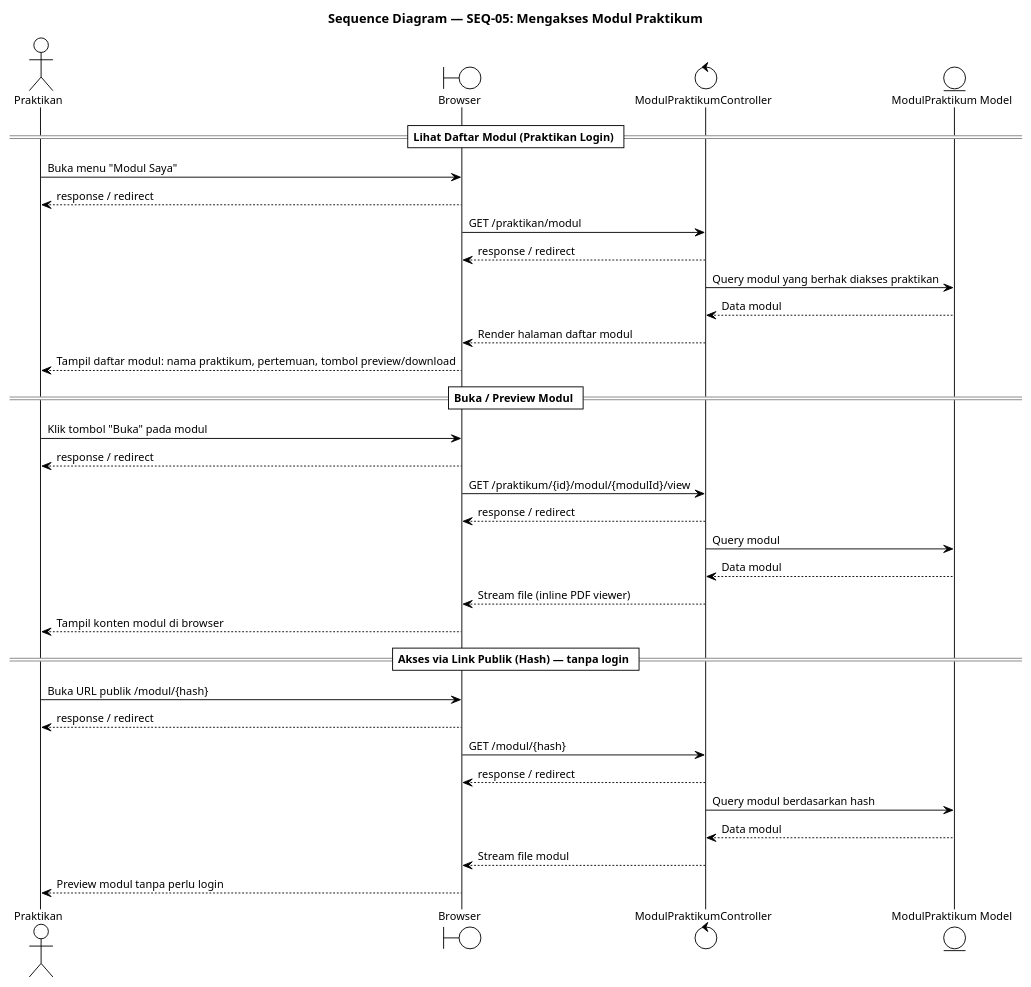
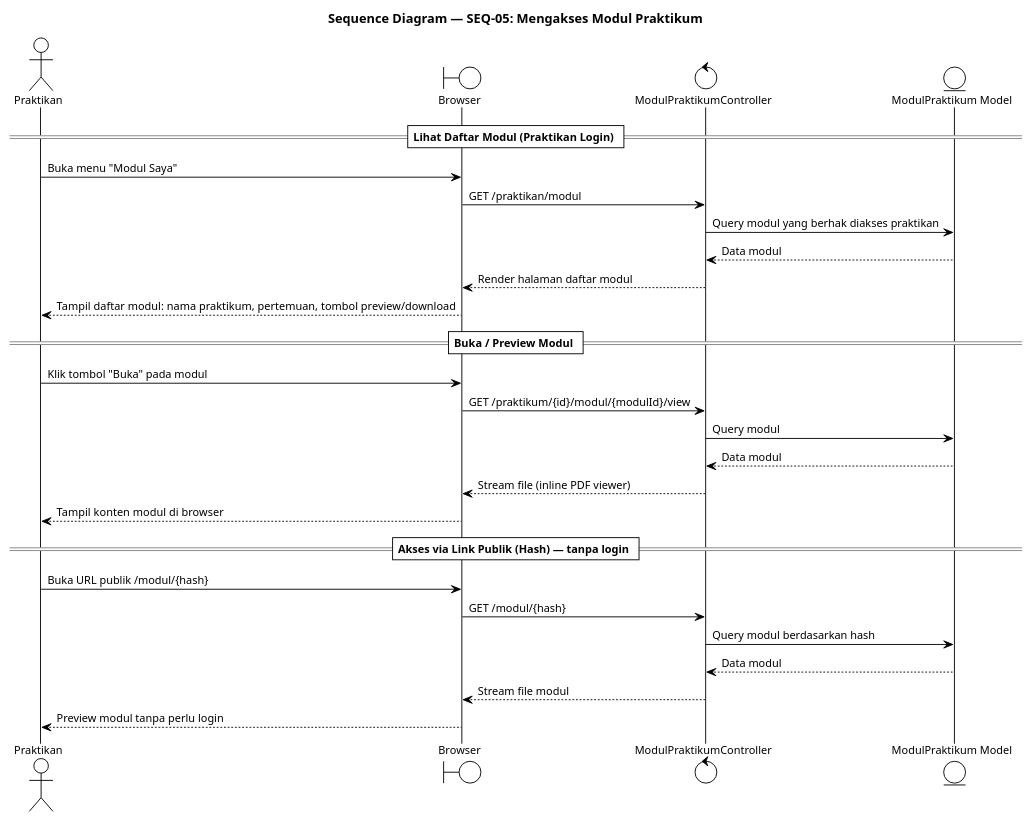
One commit to Habiboys/SILAB-DSI changed the diagram in docs/praktikum/sequence/SEQ_05_MENGAKSES_MODUL.puml. Above: the diagram before and after it, drawn with PlantUML. The commit also changed 126 other files, not shown here.

```diff
--- a/docs/praktikum/sequence/SEQ_05_MENGAKSES_MODUL.puml
+++ b/docs/praktikum/sequence/SEQ_05_MENGAKSES_MODUL.puml
@@ -1,45 +1,45 @@
 @startuml SEQ_05_MENGAKSES_MODUL
 !theme plain
 skinparam defaultFontSize 12
 skinparam TitleFontSize 14
 title Sequence Diagram — SEQ-05: Mengakses Modul Praktikum
 
 actor       "Praktikan"              as Praktikan
 boundary    "Browser"                as Browser
 control     "ModulPraktikumController" as Controller
 entity      "ModulPraktikum Model"   as Model
 
 == Lihat Daftar Modul (Praktikan Login) ==
 
 Praktikan ->  Browser    : Buka menu "Modul Saya"
-Browser --> Praktikan : response / redirect
+
 Browser   ->  Controller : GET /praktikan/modul
-Controller --> Browser : response / redirect
+
 Controller -> Model      : Query modul yang berhak diakses praktikan
 Model --> Controller     : Data modul
 Controller --> Browser   : Render halaman daftar modul
 Browser    --> Praktikan : Tampil daftar modul: nama praktikum, pertemuan, tombol preview/download
 
 == Buka / Preview Modul ==
 
 Praktikan ->  Browser    : Klik tombol "Buka" pada modul
-Browser --> Praktikan : response / redirect
+
 Browser   ->  Controller : GET /praktikum/{id}/modul/{modulId}/view
-Controller --> Browser : response / redirect
+
 Controller -> Model      : Query modul
 Model --> Controller     : Data modul
 Controller --> Browser   : Stream file (inline PDF viewer)
 Browser    --> Praktikan : Tampil konten modul di browser
 
 == Akses via Link Publik (Hash) — tanpa login ==
 
 Praktikan ->  Browser    : Buka URL publik /modul/{hash}
-Browser --> Praktikan : response / redirect
+
 Browser   ->  Controller : GET /modul/{hash}
-Controller --> Browser : response / redirect
+
 Controller -> Model      : Query modul berdasarkan hash
 Model --> Controller     : Data modul
 Controller --> Browser   : Stream file modul
 Browser    --> Praktikan : Preview modul tanpa perlu login
 
 @enduml
```
